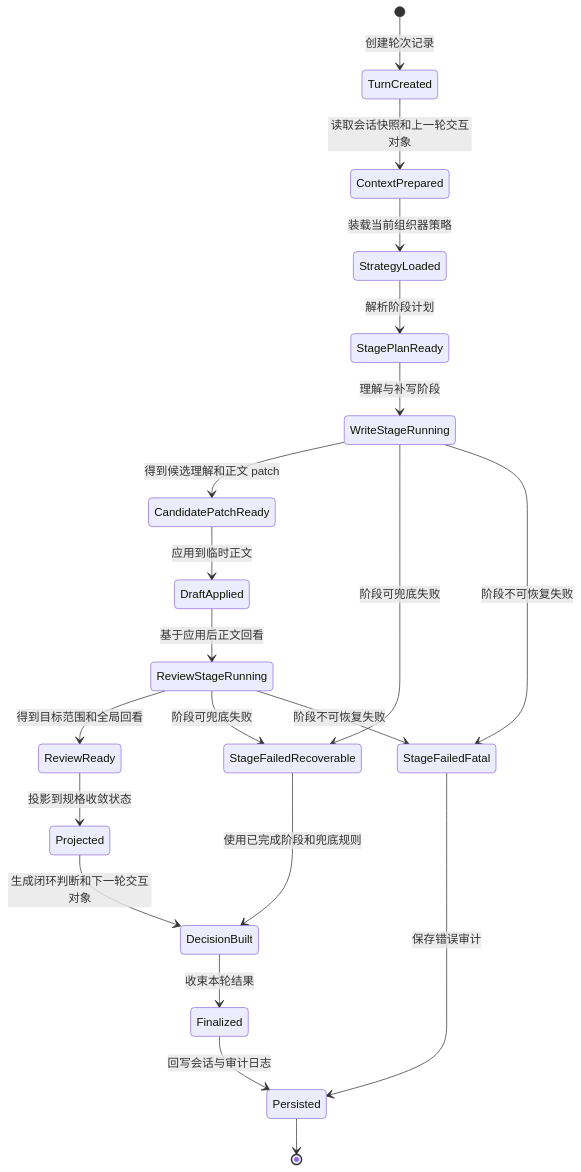
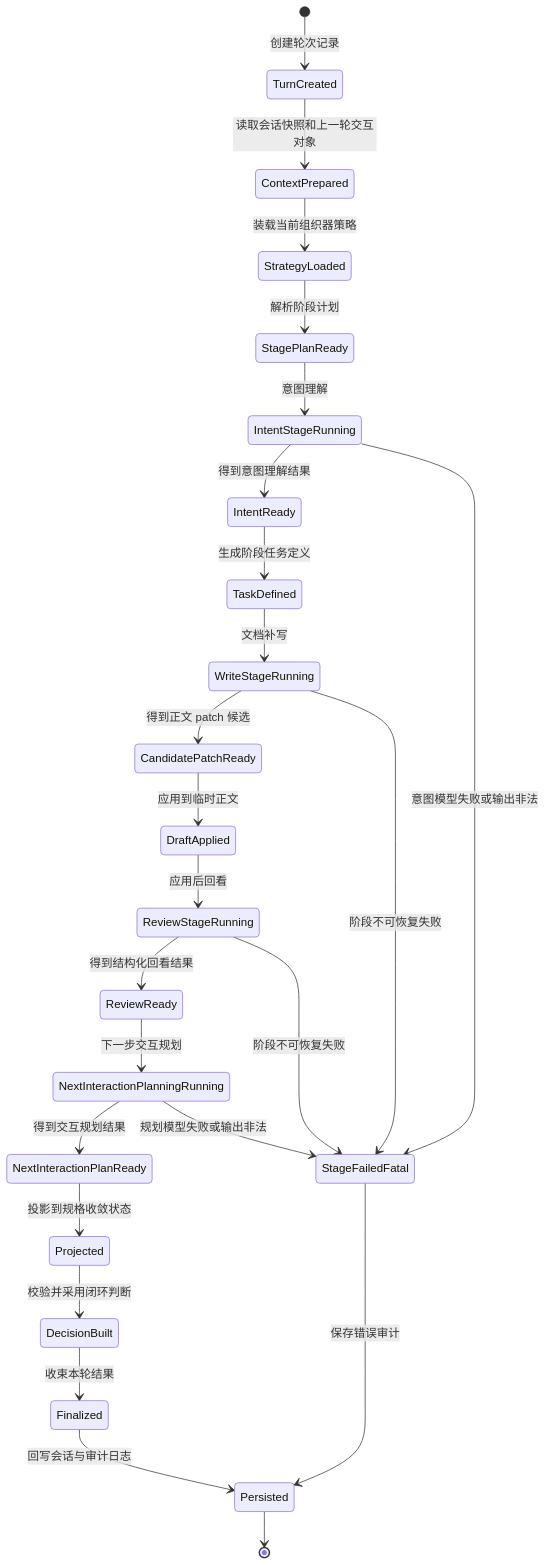
One commit to wgwtest/CodeFactoryV2 changed diagram 23 of 35 in DOC/CODEX_DOC/02_设计说明/P2_需求分析系统/P2-需求分析系统设计.md. Above: the diagram before and after it, drawn with Mermaid. The commit also changed other lines of this file and 43 other files, not shown here.

````diff
--- a/DOC/CODEX_DOC/02_设计说明/P2_需求分析系统/P2-需求分析系统设计.md
+++ b/DOC/CODEX_DOC/02_设计说明/P2_需求分析系统/P2-需求分析系统设计.md
@@ -2853,23 +2866,27 @@
 ```mermaid
 stateDiagram-v2
   [*] --> TurnCreated: 创建轮次记录
   TurnCreated --> ContextPrepared: 读取会话快照和上一轮交互对象
   ContextPrepared --> StrategyLoaded: 装载当前组织器策略
   StrategyLoaded --> StagePlanReady: 解析阶段计划
-  StagePlanReady --> WriteStageRunning: 理解与补写阶段
-  WriteStageRunning --> CandidatePatchReady: 得到候选理解和正文 patch
+  StagePlanReady --> IntentStageRunning: 意图理解
+  IntentStageRunning --> IntentReady: 得到意图理解结果
+  IntentReady --> TaskDefined: 生成阶段任务定义
+  TaskDefined --> WriteStageRunning: 文档补写
+  WriteStageRunning --> CandidatePatchReady: 得到正文 patch 候选
   CandidatePatchReady --> DraftApplied: 应用到临时正文
-  DraftApplied --> ReviewStageRunning: 基于应用后正文回看
-  ReviewStageRunning --> ReviewReady: 得到目标范围和全局回看
-  ReviewReady --> Projected: 投影到规格收敛状态
-  Projected --> DecisionBuilt: 生成闭环判断和下一轮交互对象
+  DraftApplied --> ReviewStageRunning: 应用后回看
+  ReviewStageRunning --> ReviewReady: 得到结构化回看结果
+  ReviewReady --> NextInteractionPlanningRunning: 下一步交互规划
+  NextInteractionPlanningRunning --> NextInteractionPlanReady: 得到交互规划结果
+  NextInteractionPlanReady --> Projected: 投影到规格收敛状态
+  Projected --> DecisionBuilt: 校验并采用闭环判断
   DecisionBuilt --> Finalized: 收束本轮结果
   Finalized --> Persisted: 回写会话与审计日志
-  WriteStageRunning --> StageFailedRecoverable: 阶段可兜底失败
-  ReviewStageRunning --> StageFailedRecoverable: 阶段可兜底失败
-  StageFailedRecoverable --> DecisionBuilt: 使用已完成阶段和兜底规则
+  IntentStageRunning --> StageFailedFatal: 意图模型失败或输出非法
   WriteStageRunning --> StageFailedFatal: 阶段不可恢复失败
   ReviewStageRunning --> StageFailedFatal: 阶段不可恢复失败
+  NextInteractionPlanningRunning --> StageFailedFatal: 规划模型失败或输出非法
   StageFailedFatal --> Persisted: 保存错误审计
   Persisted --> [*]
 ```
````
